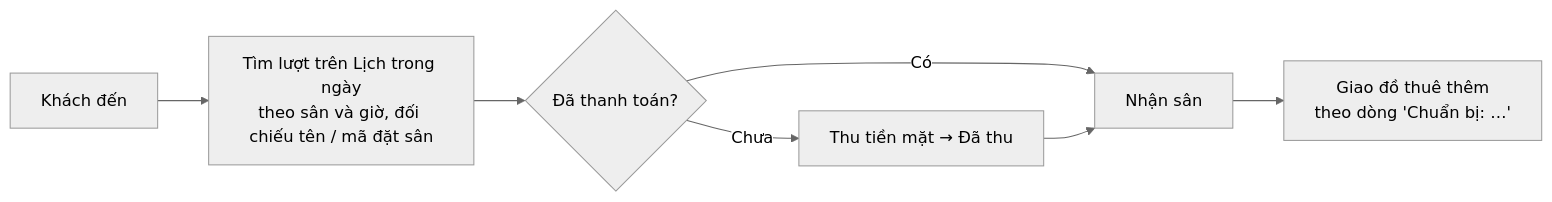
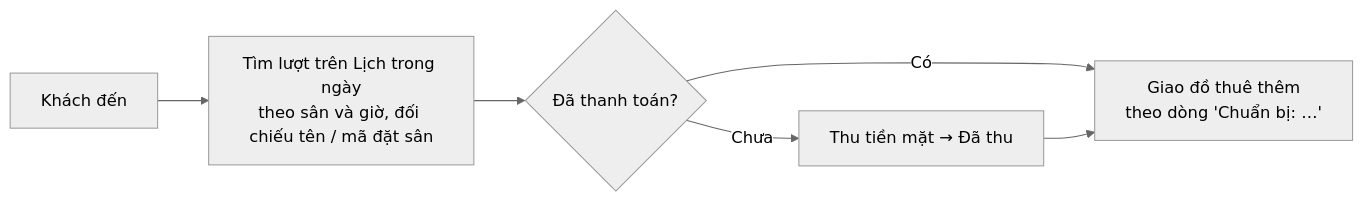
The fifth of 10 diagrams in docs/business-processes.md (itssamuelnguyen-vn/vn_badminton), drawn with Mermaid (neutral theme) before and after one commit. The commit also changed other lines of this file and 32 other files, not shown here.

````diff
--- a/docs/business-processes.md
+++ b/docs/business-processes.md
@@ -297,8 +296,7 @@
 ```mermaid
 flowchart LR
     A[Khách đến] --> B[Tìm lượt trên Lịch trong ngày<br/>theo sân và giờ, đối chiếu tên / mã đặt sân]
     B --> C{Đã thanh toán?}
-    C -- Có --> D[Nhận sân]
-    C -- Chưa --> E[Thu tiền mặt → Đã thu] --> D
-    D --> F[Giao đồ thuê thêm<br/>theo dòng 'Chuẩn bị: …']
+    C -- Có --> F[Giao đồ thuê thêm<br/>theo dòng 'Chuẩn bị: …']
+    C -- Chưa --> E[Thu tiền mặt → Đã thu] --> F
 ```
````
